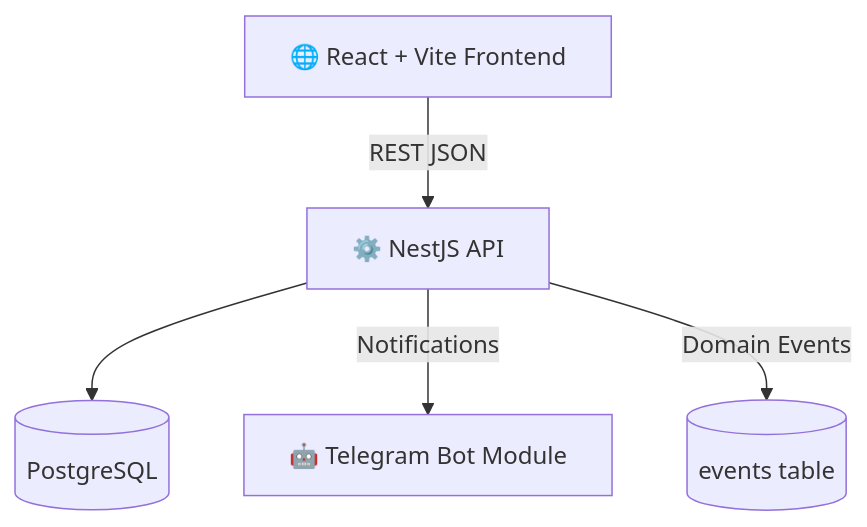
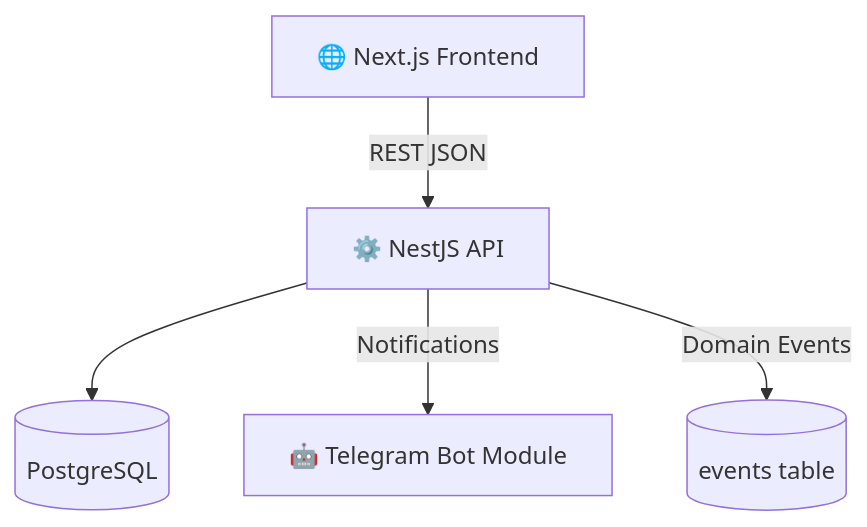
One commit to nicelightio/Khujandi_mini_app changed the first of 2 diagrams in doc/ARCHITECTURE_OVERVIEW.md. Above: the diagram before and after it, drawn with Mermaid. The commit also changed other lines of this file and 13 other files, not shown here.

Commit message:
Update docs for NestJS and Next.js stack

````diff
--- a/doc/ARCHITECTURE_OVERVIEW.md
+++ b/doc/ARCHITECTURE_OVERVIEW.md
@@ -45,7 +80,7 @@
 ```mermaid
 graph TD
-    FE[🌐 React + Vite Frontend] -- REST JSON --> BE[⚙️ NestJS API]
+    FE[🌐 Next.js Frontend] -- REST JSON --> BE[⚙️ NestJS API]
     BE --> DB[(PostgreSQL)]
     BE -- Notifications --> TG[🤖 Telegram Bot Module]
     BE -- Domain Events --> EV[(events table)]
 ```
````
